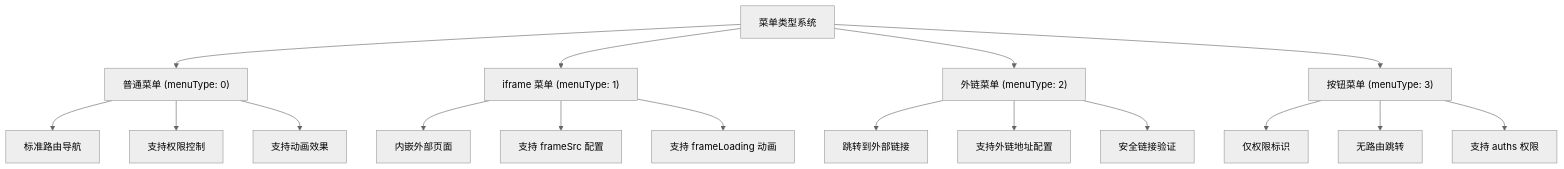
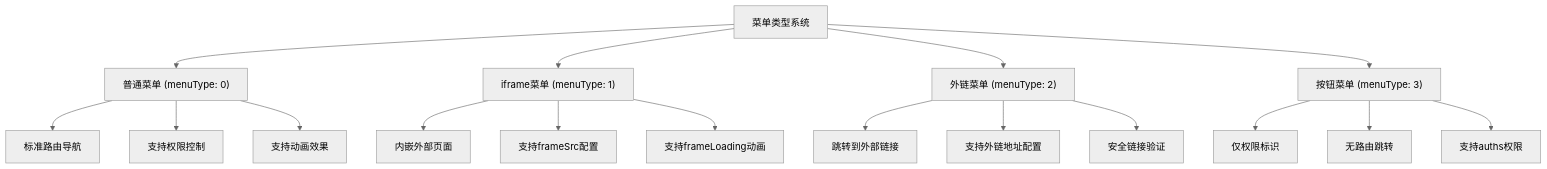
The eighth of 10 diagrams in .qoder/repowiki/zh/content/项目概述/核心特性/动态菜单生成.md (taoweidong/Hello-FastApi), drawn with Mermaid (neutral theme) before and after one commit. The commit also changed other lines of this file and 18 other files, not shown here.

````diff
--- a/.qoder/repowiki/zh/content/项目概述/核心特性/动态菜单生成.md
+++ b/.qoder/repowiki/zh/content/项目概述/核心特性/动态菜单生成.md
@@ -398,19 +447,19 @@
 ```mermaid
 graph TD
 A["菜单类型系统"] --> B["普通菜单 (menuType: 0)"]
 B --> B1["标准路由导航"]
 B --> B2["支持权限控制"]
 B --> B3["支持动画效果"]
-A --> C["iframe 菜单 (menuType: 1)"]
+A --> C["iframe菜单 (menuType: 1)"]
 C --> C1["内嵌外部页面"]
-C --> C2["支持 frameSrc 配置"]
-C --> C3["支持 frameLoading 动画"]
+C --> C2["支持frameSrc配置"]
+C --> C3["支持frameLoading动画"]
 A --> D["外链菜单 (menuType: 2)"]
 D --> D1["跳转到外部链接"]
 D --> D2["支持外链地址配置"]
 D --> D3["安全链接验证"]
 A --> E["按钮菜单 (menuType: 3)"]
 E --> E1["仅权限标识"]
 E --> E2["无路由跳转"]
-E --> E3["支持 auths 权限"]
+E --> E3["支持auths权限"]
 ```
````
